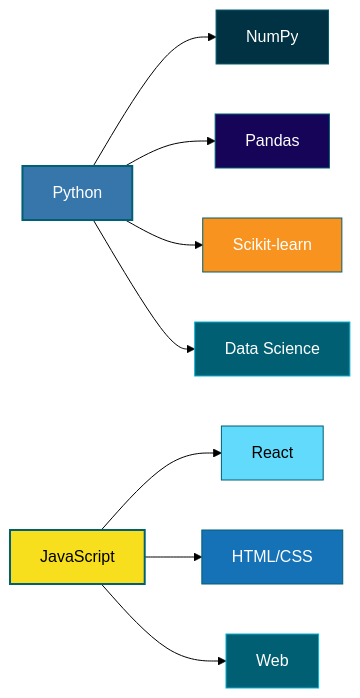
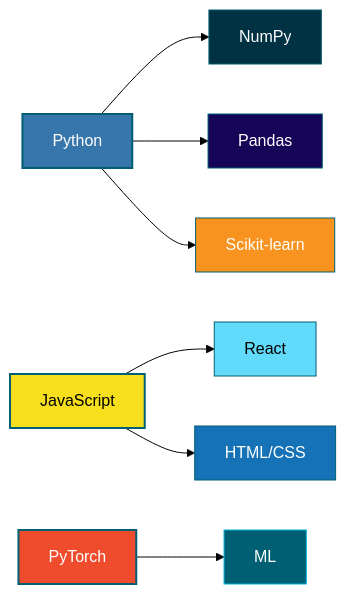
Before and after one commit to Thedarkiin/Thedarkiin: the diagram in README.md, drawn with Mermaid (forest theme). The commit also changed other lines of this file, not shown here.

````diff
--- a/README.md
+++ b/README.md
@@ -14,21 +14,21 @@
 ```mermaid
 graph LR
     A["Python"] --> B["NumPy"]
     A --> C["Pandas"]
     A --> D["Scikit-learn"]
-    A --> E["Data Science"]
     
-    F["JavaScript"] --> G["React"]
-    F --> H["HTML/CSS"]
-    F --> I["Web"]
+    E["JavaScript"] --> F["React"]
+    E --> G["HTML/CSS"]
+    
+    H["PyTorch"] --> I["ML"]
     
     style A fill:#3776AB,stroke:#005f73,color:#fff,stroke-width:2px
     style B fill:#013243,stroke:#005f73,color:#fff
     style C fill:#150458,stroke:#005f73,color:#fff
     style D fill:#F7931E,stroke:#005f73,color:#fff
-    style E fill:#005f73,stroke:#00B4D8,color:#fff
-    style F fill:#F7DF1E,stroke:#005f73,color:#000,stroke-width:2px
-    style G fill:#61DAFB,stroke:#005f73,color:#000
-    style H fill:#1572B6,stroke:#005f73,color:#fff
+    style E fill:#F7DF1E,stroke:#005f73,color:#000,stroke-width:2px
+    style F fill:#61DAFB,stroke:#005f73,color:#000
+    style G fill:#1572B6,stroke:#005f73,color:#fff
+    style H fill:#EE4C2C,stroke:#005f73,color:#fff,stroke-width:2px
     style I fill:#005f73,stroke:#00B4D8,color:#fff
 ```
````
